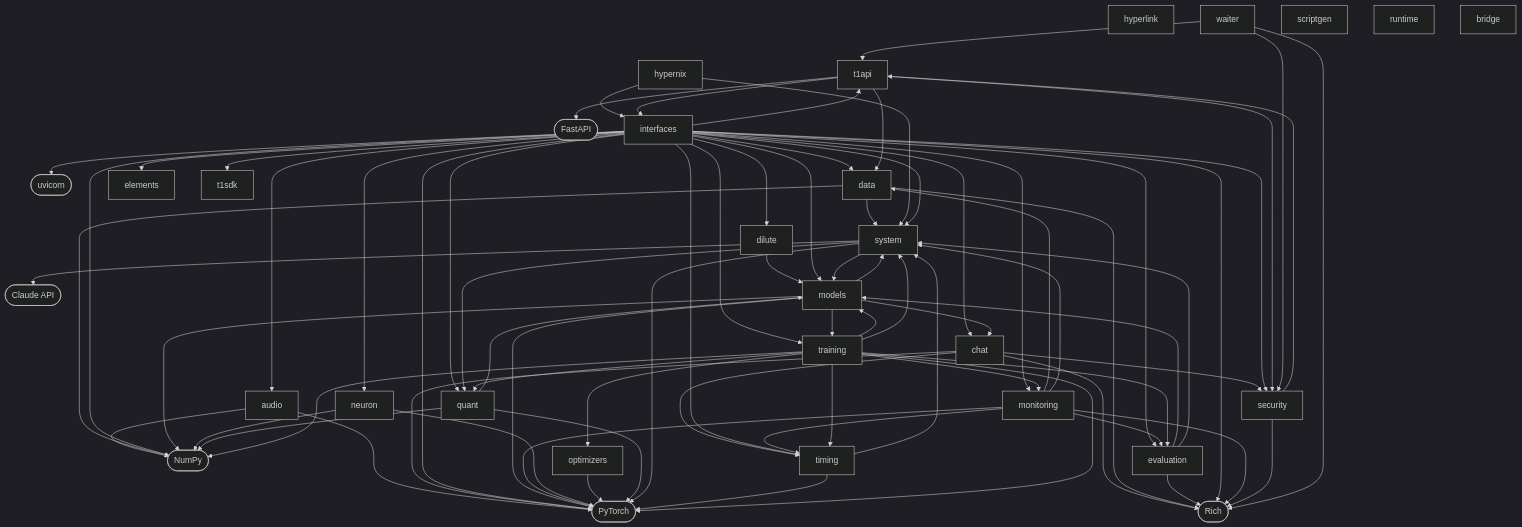
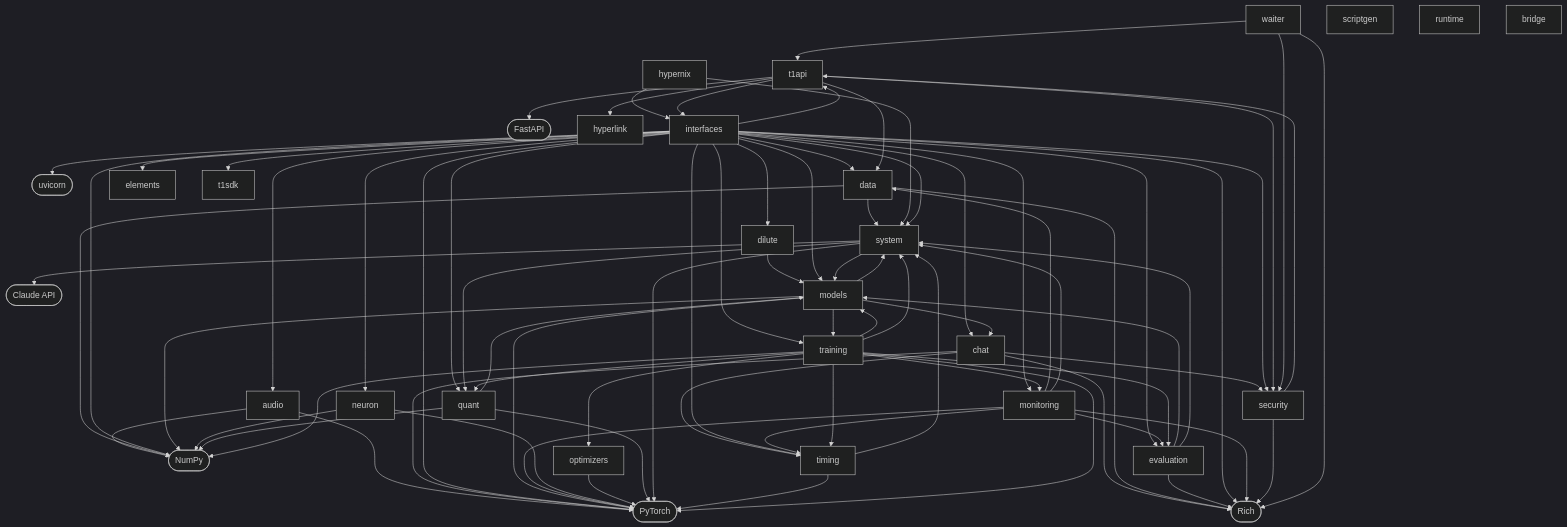
One commit to trail-b1az3r/HyperNix-pip changed the first of 2 diagrams in wiki/Architecture.md. Above: the diagram before and after it, drawn with Mermaid (dark theme). The commit also changed 30 other files, not shown here.

```diff
--- a/wiki/Architecture.md
+++ b/wiki/Architecture.md
@@ -45,8 +45,8 @@
     t1api["t1api"]
     system["system"]
     quant["quant"]
+    hyperlink["hyperlink"]
     interfaces["interfaces"]
-    hyperlink["hyperlink"]
     data["data"]
     models["models"]
     training["training"]
@@ -102,6 +102,7 @@
     system --> models
     system --> quant
     t1api --> data
+    t1api --> hyperlink
     t1api --> interfaces
     t1api --> security
     timing --> system
```
